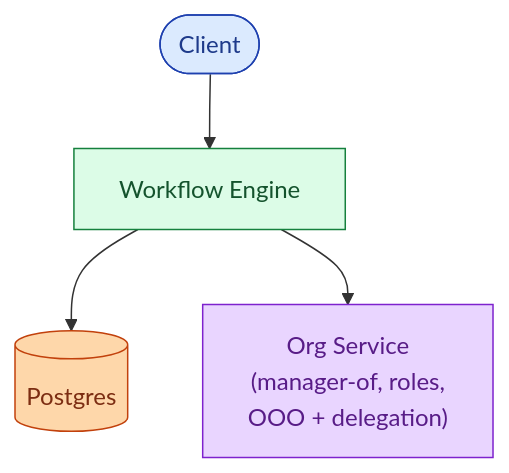
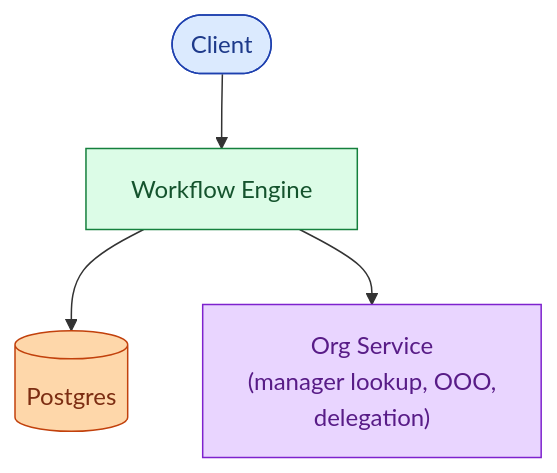
The eighth of 12 diagrams in problems/011-approval-management/question.md (shiningflash/system-design), drawn with Mermaid before and after one commit. The commit also changed other lines of this file and 37 other files, not shown here.

````diff
--- a/problems/011-approval-management/question.md
+++ b/problems/011-approval-management/question.md
@@ -251,11 +387,11 @@
 ```mermaid
 flowchart TB
     C([Client]):::user --> E["Workflow Engine"]:::app
     E --> DB[("Postgres")]:::db
-    E --> O["Org Service<br/>(manager-of, roles,<br/>OOO + delegation)"]:::ext
+    E --> O["Org Service<br/>(manager lookup, OOO,<br/>delegation)"]:::ext
 
     classDef user fill:#dbeafe,stroke:#1e40af,color:#1e3a8a
     classDef app fill:#dcfce7,stroke:#15803d,color:#14532d
     classDef db fill:#fed7aa,stroke:#c2410c,color:#7c2d12
     classDef ext fill:#e9d5ff,stroke:#7e22ce,color:#581c87
 ```
````
